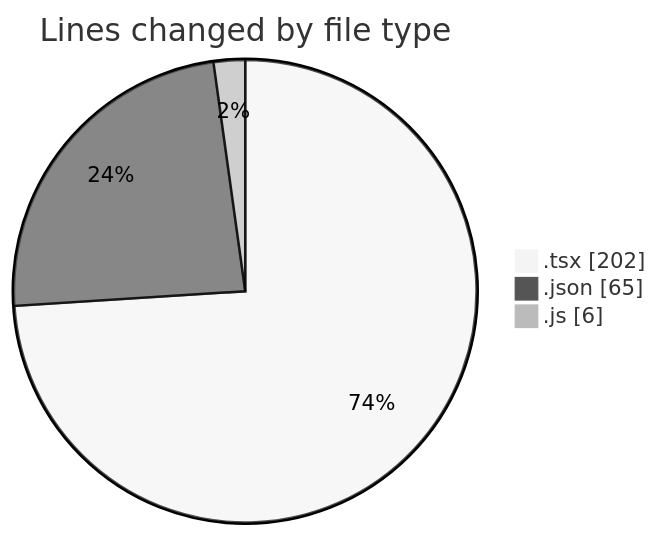
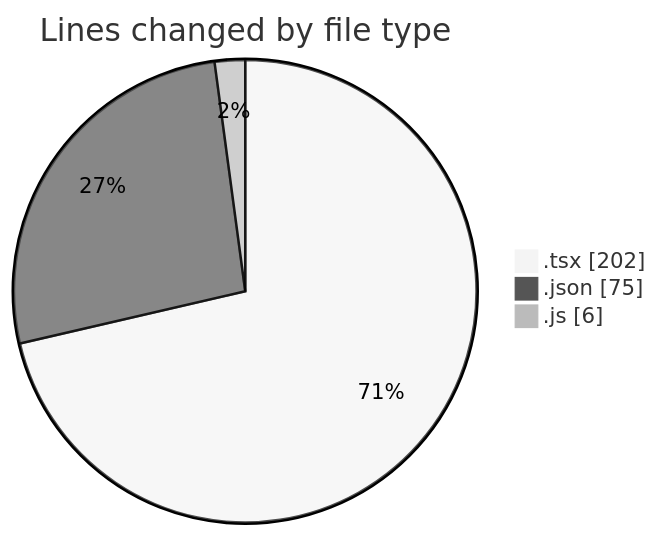
The first of 2 diagrams in 2025-10-25/ai/README.md (IJAZ3593/code-tracking), drawn with Mermaid (neutral theme) before and after one commit. The commit also changed other lines of this file and 1 other file, not shown here.

````diff
--- a/2025-10-25/ai/README.md
+++ b/2025-10-25/ai/README.md
@@ -23,7 +23,7 @@
 ```mermaid
 pie showData
 title Lines changed by file type
 ".tsx" : 202
-".json" : 65
+".json" : 75
 ".js" : 6
 ```
````
